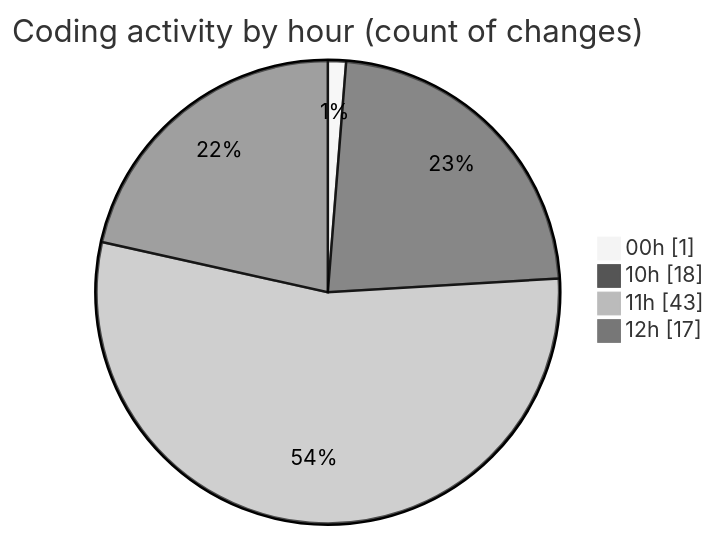
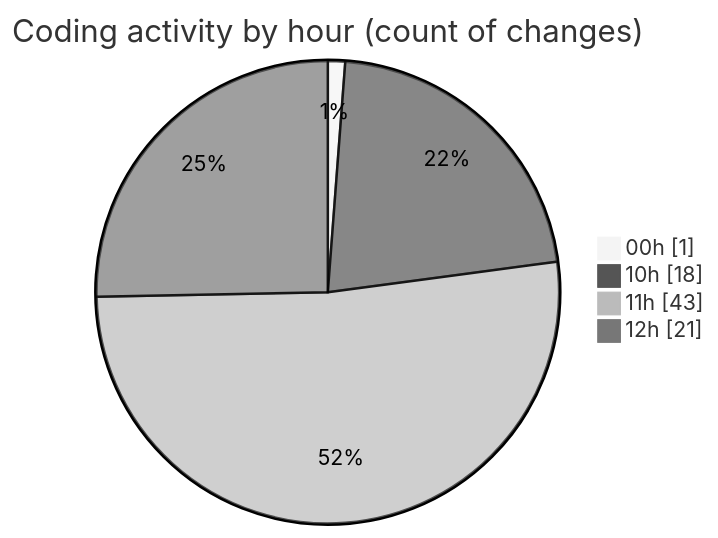
One commit to Ritupan-Deka/code-tracking changed the second of 2 diagrams in 2025-07-08/urlwebwala_intership_work/README.md. Above: the diagram before and after it, drawn with Mermaid (neutral theme). The commit also changed other lines of this file and 1 other file, not shown here.

````diff
--- a/2025-07-08/urlwebwala_intership_work/README.md
+++ b/2025-07-08/urlwebwala_intership_work/README.md
@@ -30,8 +30,8 @@
 ```mermaid
 pie showData
 title Coding activity by hour (count of changes)
 "00h" : 1
 "10h" : 18
 "11h" : 43
-"12h" : 17
+"12h" : 21
 ```
````
